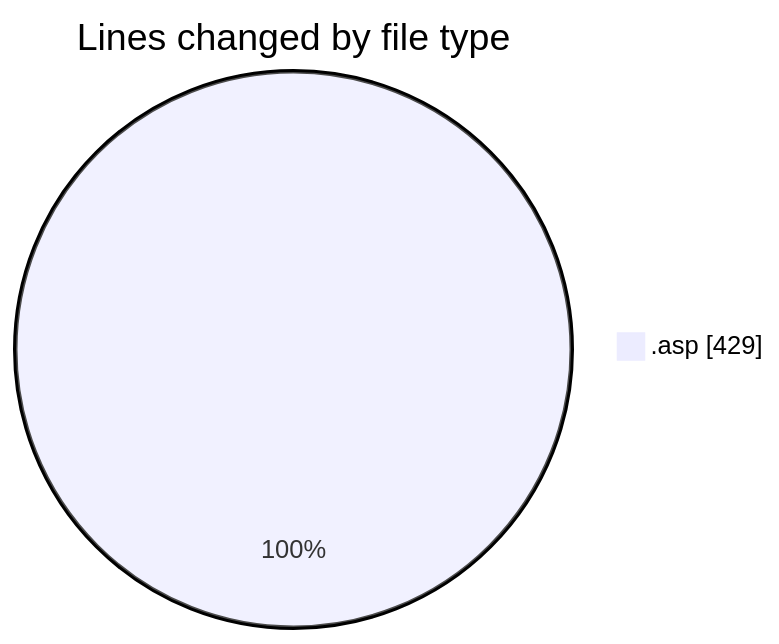
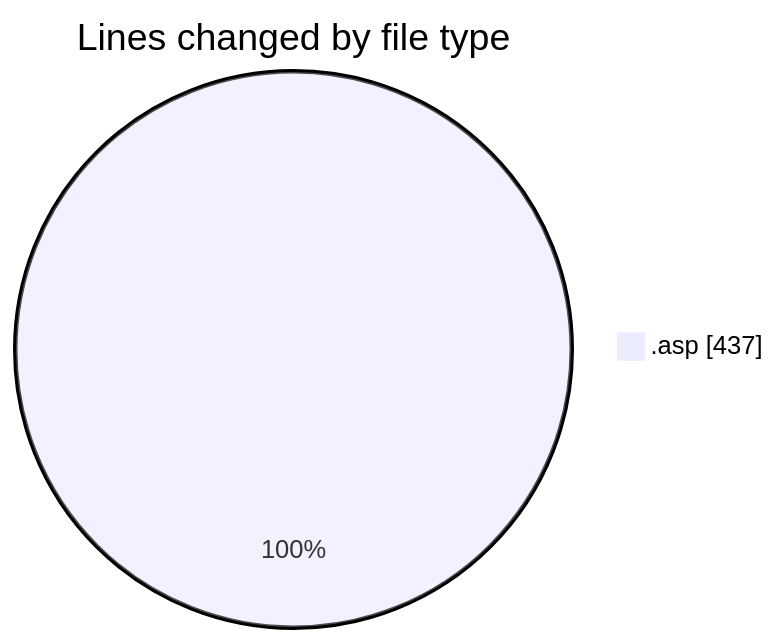
Before and after one commit to julien-gomy/code-tracking: the first of 2 diagrams in 2025-10-07/cdp_aleoudev_fr__workspace_/README.md, drawn with Mermaid. The commit also changed other lines of this file and 1 other file, not shown here.

````diff
--- a/2025-10-07/cdp_aleoudev_fr__workspace_/README.md
+++ b/2025-10-07/cdp_aleoudev_fr__workspace_/README.md
@@ -20,5 +20,5 @@
 ```mermaid
 pie showData
 title Lines changed by file type
-".asp" : 429
+".asp" : 437
 ```
````
